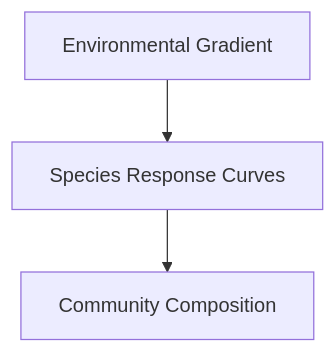
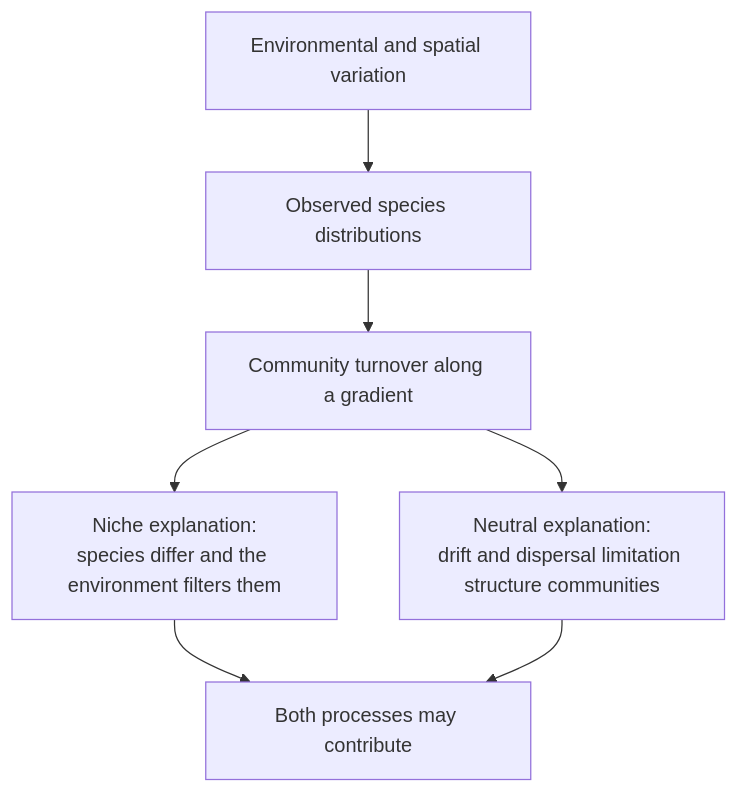
One commit to ajsmit/tangled_bank changed the diagram in BDC334/Lec-03-gradients.qmd. Above: the diagram before and after it, drawn with Mermaid. The commit also changed other lines of this file and 4 other files, not shown here.

Commit message:
Revise Lecture 3 around scale-dependent assembly

````diff
--- a/BDC334/Lec-03-gradients.qmd
+++ b/BDC334/Lec-03-gradients.qmd
@@ -154,8 +101,12 @@
 ```{mermaid}
 %%| echo: false
-%%| label: fig-gradient-niche-community
-%%| fig-cap: "Flow from environmental gradients to community composition."
+%%| label: fig-gradient-assembly
+%%| fig-cap: "The reasoning developed in this lecture. An observed community gradient is a pattern that may have more than one process explanation."
 flowchart TD
-    A["Environmental Gradient"] --> B["Species Response Curves"]
-    B --> C["Community Composition"]
+    A["Environmental and spatial variation"] --> B["Observed species distributions"]
+    B --> C["Community turnover along a gradient"]
+    C --> D["Niche explanation:<br/>species differ and the environment filters them"]
+    C --> E["Neutral explanation:<br/>drift and dispersal limitation structure communities"]
+    D --> F["Both processes may contribute"]
+    E --> F
 ```
````
